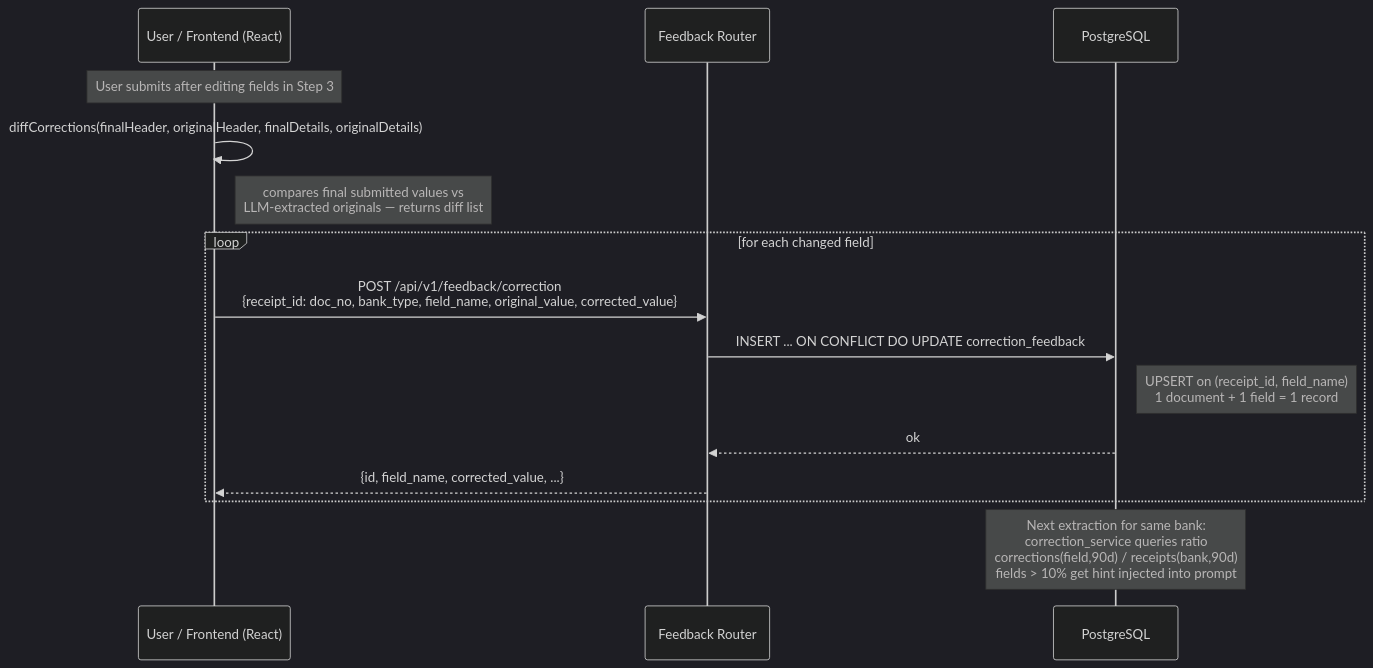
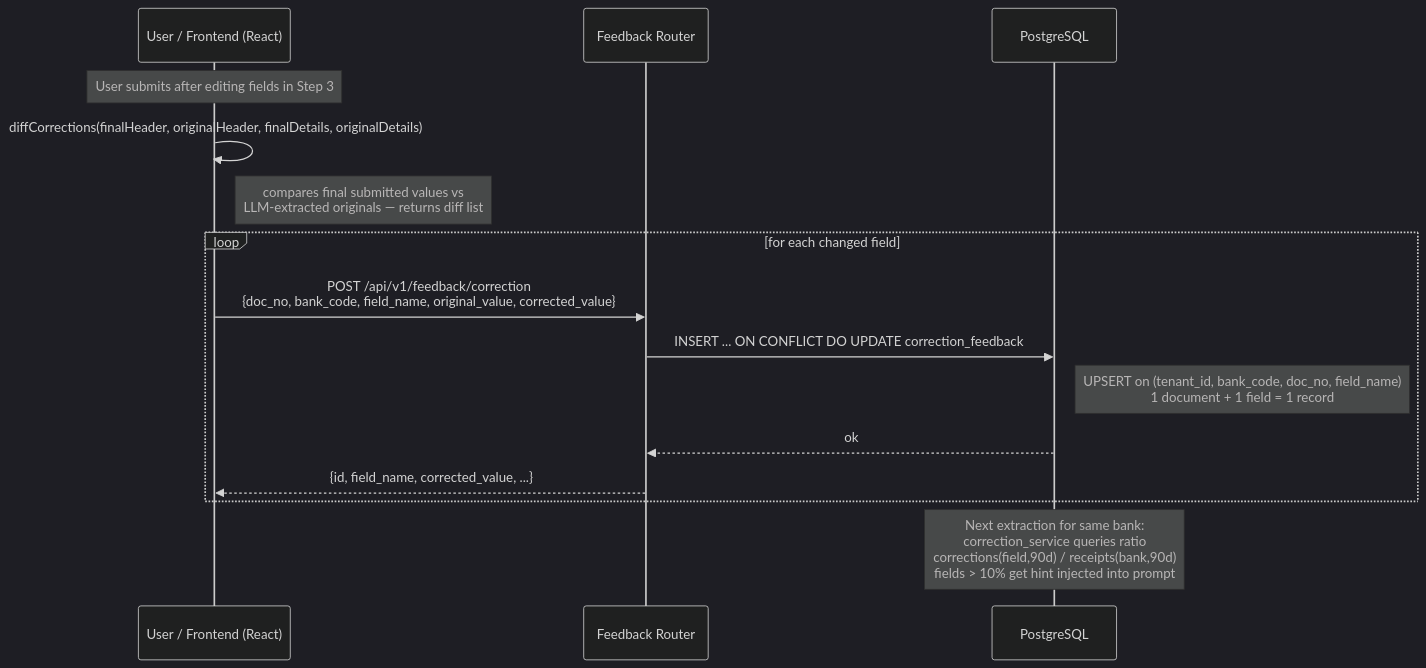
One commit to developer-carmensoftware/OCR changed the fourth of 8 diagrams in docs/Software_Requirements_Specification.md. Above: the diagram before and after it, drawn with Mermaid (dark theme). The commit also changed other lines of this file and 17 other files, not shown here.

````diff
--- a/docs/Software_Requirements_Specification.md
+++ b/docs/Software_Requirements_Specification.md
@@ -199,20 +209,20 @@
 ```mermaid
 sequenceDiagram
     participant User as User / Frontend (React)
     participant FB as Feedback Router
     participant DB as PostgreSQL
 
     Note over User: User submits after editing fields in Step 3
     User->>User: diffCorrections(finalHeader, originalHeader, finalDetails, originalDetails)
     Note right of User: compares final submitted values vs<br/>LLM-extracted originals — returns diff list
 
     loop for each changed field
-        User->>FB: POST /api/v1/feedback/correction<br/>{receipt_id: doc_no, bank_type, field_name, original_value, corrected_value}
+        User->>FB: POST /api/v1/feedback/correction<br/>{doc_no, bank_code, field_name, original_value, corrected_value}
         FB->>DB: INSERT ... ON CONFLICT DO UPDATE correction_feedback
-        Note right of DB: UPSERT on (receipt_id, field_name)<br/>1 document + 1 field = 1 record
+        Note right of DB: UPSERT on (tenant_id, bank_code, doc_no, field_name)<br/>1 document + 1 field = 1 record
         DB-->>FB: ok
         FB-->>User: {id, field_name, corrected_value, ...}
     end
 
     Note over DB: Next extraction for same bank:<br/>correction_service queries ratio<br/>corrections(field,90d) / receipts(bank,90d)<br/>fields > 10% get hint injected into prompt
 ```
````
